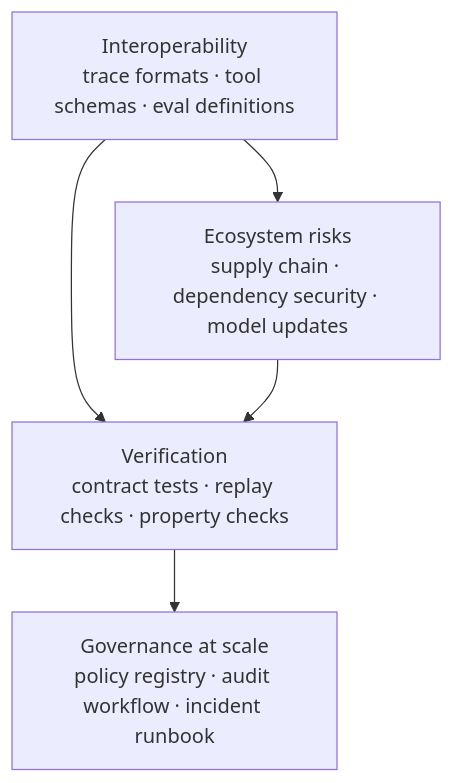
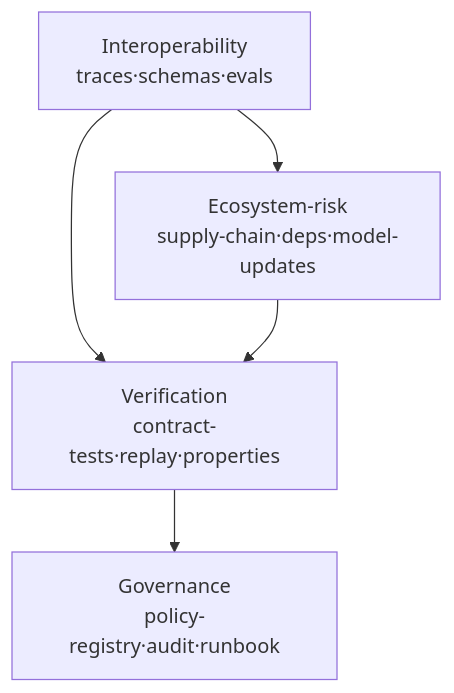
The first of 2 diagrams in book/chapters/99-future-directions.md (rmax-ai/ai-first-software-engineering-book), drawn with Mermaid before and after one commit. The commit also changed other lines of this file and 8 other files, not shown here.

````diff
--- a/book/chapters/99-future-directions.md
+++ b/book/chapters/99-future-directions.md
@@ -34,7 +34,11 @@
 ```mermaid
 flowchart TB
-  I["Interoperability<br/>trace formats · tool schemas · eval definitions"] --> V["Verification<br/>contract tests · replay checks · property checks"]
-  V --> G["Governance at scale<br/>policy registry · audit workflow · incident runbook"]
-  I --> R["Ecosystem risks<br/>supply chain · dependency security · model updates"]
-  R --> V
+  I["Interoperability<br/>traces·schemas·evals"]
+  V["Verification<br/>contract-tests·replay·properties"]
+  G["Governance<br/>policy-registry·audit·runbook"]
+  R["Ecosystem-risk<br/>supply-chain·deps·model-updates"]
+  I-->V
+  V-->G
+  I-->R
+  R-->V
 ```
````
